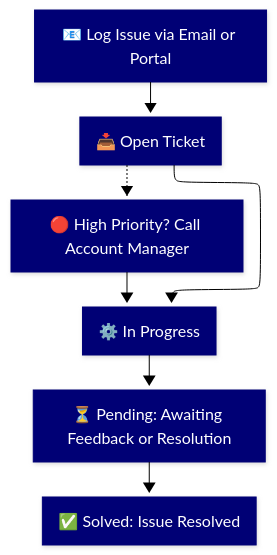
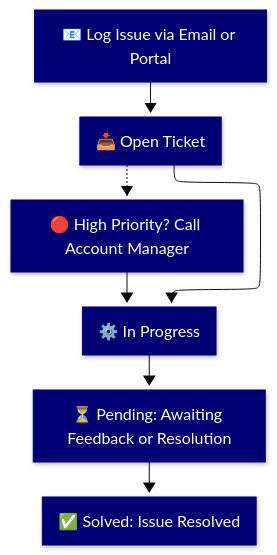
Before and after one commit to PlainsightPro/Vision-Playbook: the diagram in docs/service-delivery/support.md, drawn with Mermaid. The commit also changed 3 other files, not shown here.

First line of the commit message:
Fix Mermaid text visibility: switch theme from forest to base

````diff
--- a/docs/service-delivery/support.md
+++ b/docs/service-delivery/support.md
@@ -23,19 +23,19 @@
 ```mermaid
 ---
 config:
   layout: elk
-  theme: forest
+  theme: base
   look: neo
 ---
 graph TD;
     A[📧 Log Issue via Email or Portal] --> B[📥 Open Ticket]
     B --> C[⚙️ In Progress]
     C --> D[⏳ Pending: Awaiting Feedback or Resolution]
     D --> E[✅ Solved: Issue Resolved]
     B -.-> F[🔴 High Priority? Call Account Manager]
     F --> C
     
     classDef blueBox fill:#000075,stroke:#000075,stroke-width:1px,color:#FFFFFF;
     class A,B,C,D,E,F blueBox;
 
 ``` 
````
